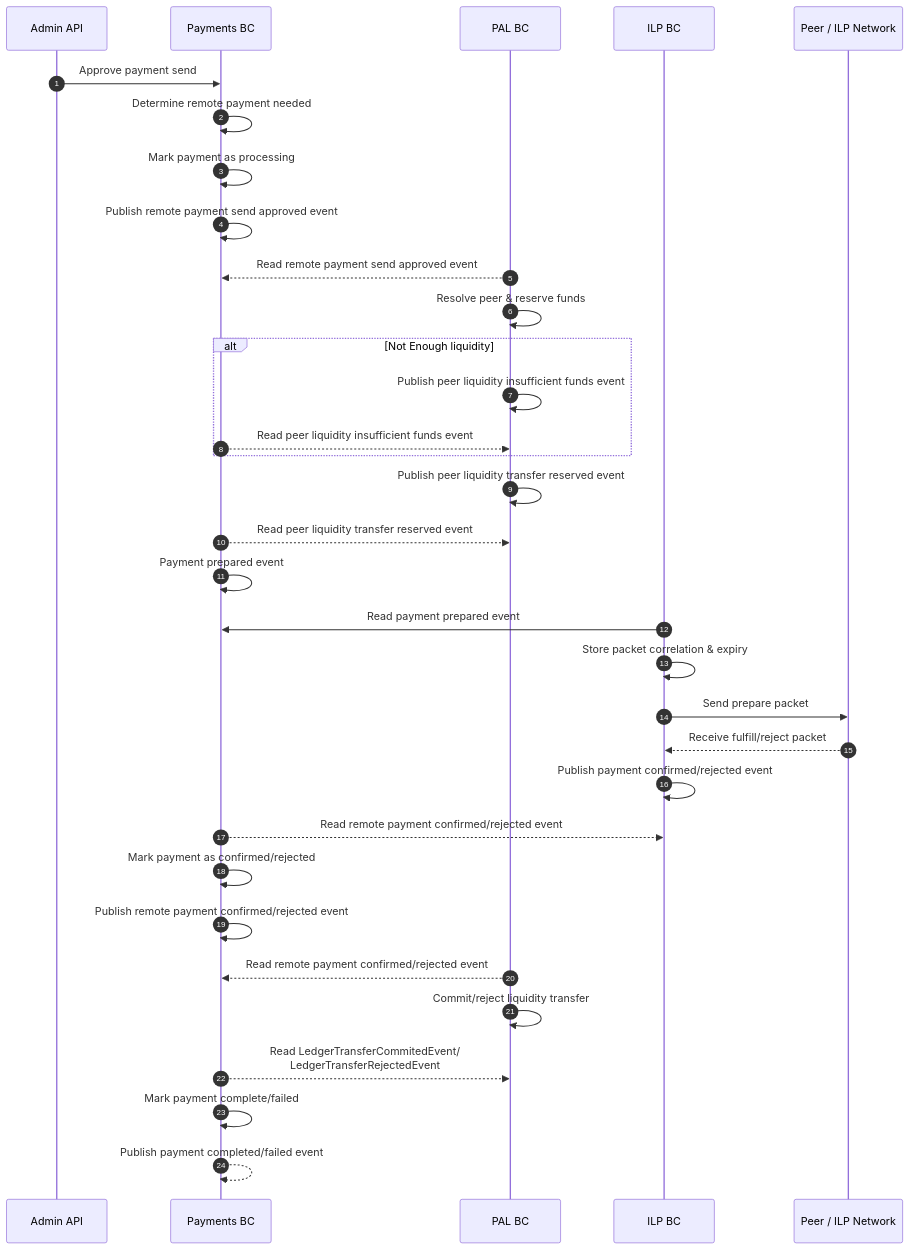
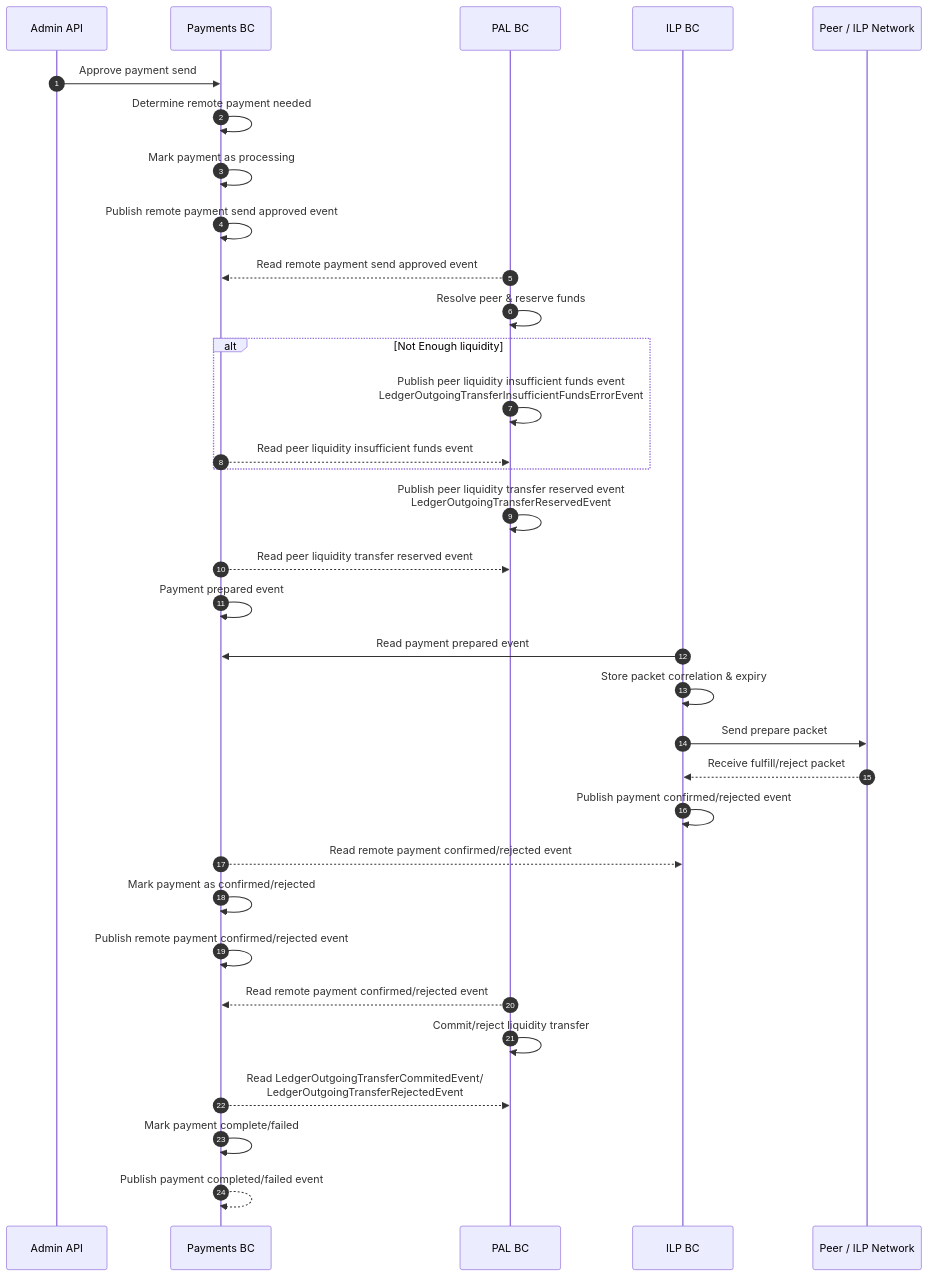
Before and after one commit to interledger/rhyza: the diagram in internal-docs/sequence-diagrams/ILP/Remote Payment - Sending.md, drawn with Mermaid.

Commit message:
chore: Update Remote Payment - Sending.md with new PAL events

````diff
--- a/internal-docs/sequence-diagrams/ILP/Remote Payment - Sending.md
+++ b/internal-docs/sequence-diagrams/ILP/Remote Payment - Sending.md
@@ -3,44 +3,44 @@
 ```mermaid
 sequenceDiagram
 	autonumber
 
     participant AAPI as Admin API
     participant PBC as Payments BC
     participant PAL as PAL BC
     participant ILPBC as ILP BC
     participant Peer as Peer / ILP Network
 
     AAPI ->> PBC: Approve payment send
     PBC ->> PBC: Determine remote payment needed
     PBC ->> PBC: Mark payment as processing
 
     PBC ->> PBC: Publish remote payment send approved event
 
     %% PBC ->> AAPI: Return payment status
 
     PAL -->> PBC: Read remote payment send approved event
     PAL ->> PAL: Resolve peer & reserve funds
 
     alt Not Enough liquidity
-    PAL ->> PAL: Publish peer liquidity insufficient funds event
+    PAL ->> PAL: Publish peer liquidity insufficient funds event<br>LedgerOutgoingTransferInsufficientFundsErrorEvent
     PBC -->> PAL: Read peer liquidity insufficient funds event
     end
-    PAL ->> PAL: Publish peer liquidity transfer reserved event
+    PAL ->> PAL: Publish peer liquidity transfer reserved event<br>LedgerOutgoingTransferReservedEvent
     PBC -->> PAL: Read peer liquidity transfer reserved event
     PBC ->> PBC: Payment prepared event
     ILPBC ->> PBC: Read payment prepared event
 
     ILPBC ->> ILPBC: Store packet correlation & expiry
     ILPBC ->> Peer: Send prepare packet
     Peer -->> ILPBC: Receive fulfill/reject packet
     ILPBC ->> ILPBC: Publish payment confirmed/rejected event
 
     PBC -->> ILPBC: Read remote payment confirmed/rejected event
     PBC ->> PBC: Mark payment as confirmed/rejected
     PBC ->> PBC: Publish remote payment confirmed/rejected event
     PAL -->> PBC: Read remote payment confirmed/rejected event
-    PAL ->> PAL: Commit/reject liquidity transfer
-    PBC -->> PAL: Read LedgerTransferCommitedEvent/<br>LedgerTransferRejectedEvent
+    PAL ->> PAL: Commit/reject liquidity transfer 
+    PBC -->> PAL: Read LedgerOutgoingTransferCommitedEvent/<br>LedgerOutgoingTransferRejectedEvent
     PBC ->> PBC: Mark payment complete/failed
     PBC -->> PBC: Publish payment completed/failed event
 ```
````
